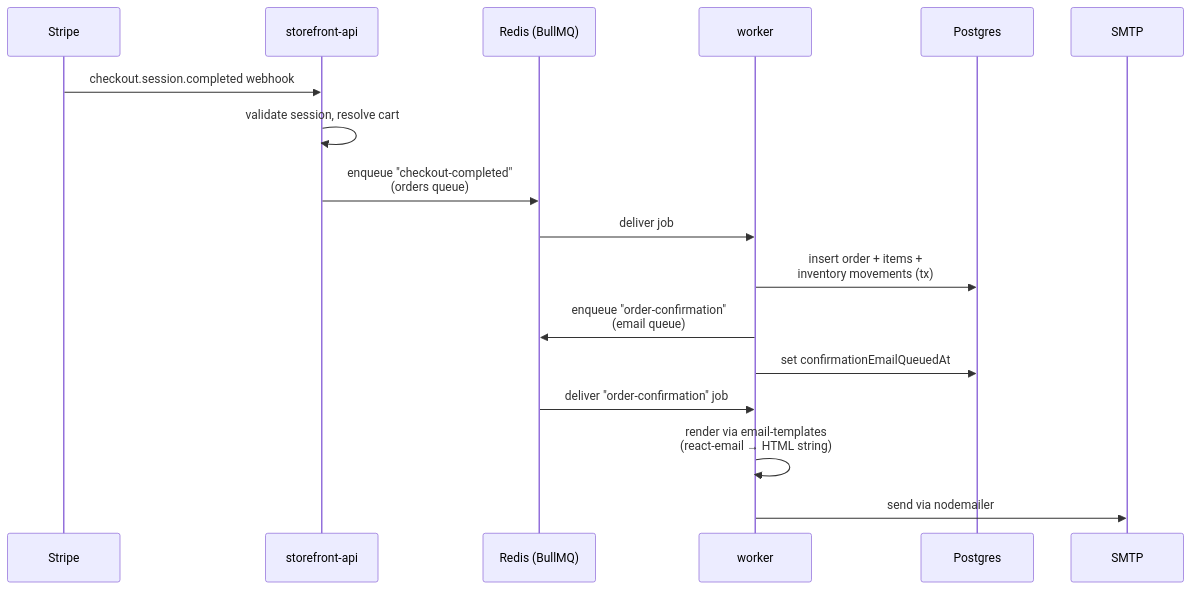
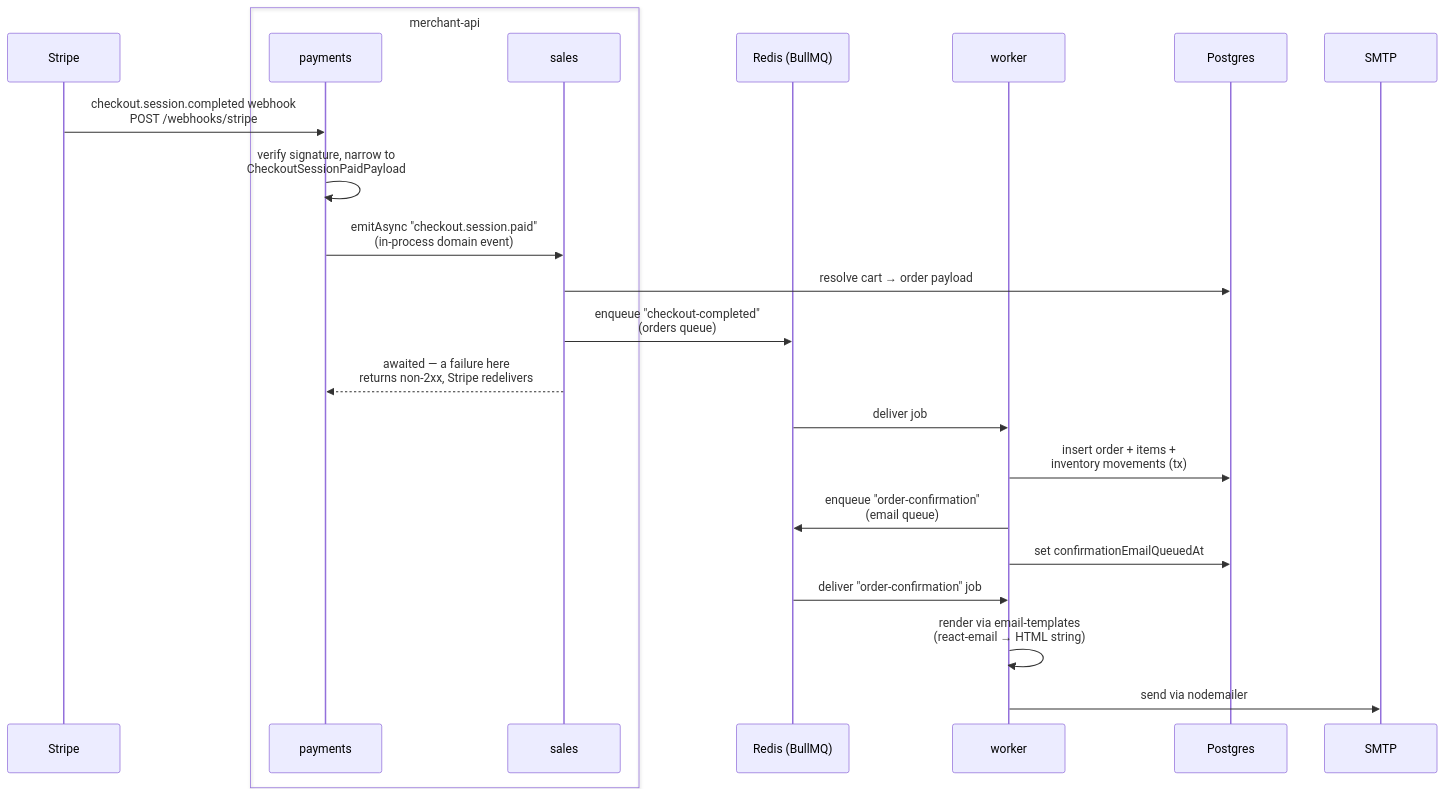
The second of 2 diagrams in ARCHITECTURE.md (noel-vega/ordersail), drawn with Mermaid before and after one commit. The commit also changed other lines of this file, not shown here.

First line of the commit message:
docs: correct the order-flow diagram for the M9 webhook move (OS-500)

````diff
--- a/ARCHITECTURE.md
+++ b/ARCHITECTURE.md
@@ -107,20 +113,26 @@
 ```mermaid
 sequenceDiagram
     participant Stripe
-    participant storeapi as storefront-api
+    box merchant-api
+        participant pay as payments
+        participant sales as sales
+    end
     participant redis as Redis (BullMQ)
     participant worker
     participant pg as Postgres
     participant mail as SMTP
 
-    Stripe->>storeapi: checkout.session.completed webhook
-    storeapi->>storeapi: validate session, resolve cart
-    storeapi->>redis: enqueue "checkout-completed"<br/>(orders queue)
+    Stripe->>pay: checkout.session.completed webhook<br/>POST /webhooks/stripe
+    pay->>pay: verify signature, narrow to<br/>CheckoutSessionPaidPayload
+    pay->>sales: emitAsync "checkout.session.paid"<br/>(in-process domain event)
+    sales->>pg: resolve cart → order payload
+    sales->>redis: enqueue "checkout-completed"<br/>(orders queue)
+    sales-->>pay: awaited — a failure here<br/>returns non-2xx, Stripe redelivers
     redis->>worker: deliver job
     worker->>pg: insert order + items +<br/>inventory movements (tx)
     worker->>redis: enqueue "order-confirmation"<br/>(email queue)
     worker->>pg: set confirmationEmailQueuedAt
     redis->>worker: deliver "order-confirmation" job
     worker->>worker: render via email-templates<br/>(react-email → HTML string)
     worker->>mail: send via nodemailer
 ```
````
